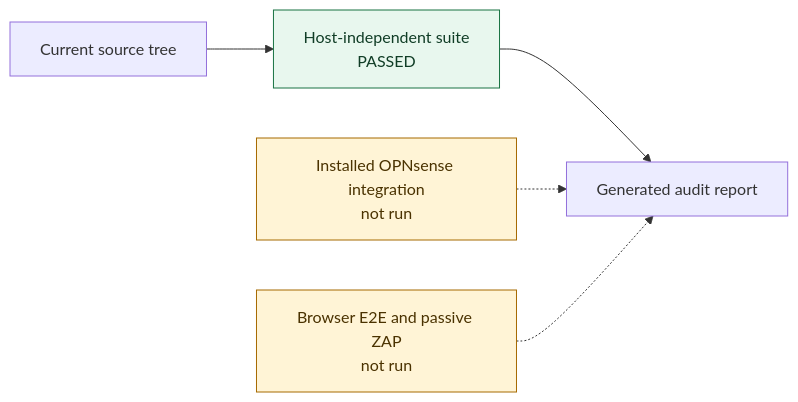
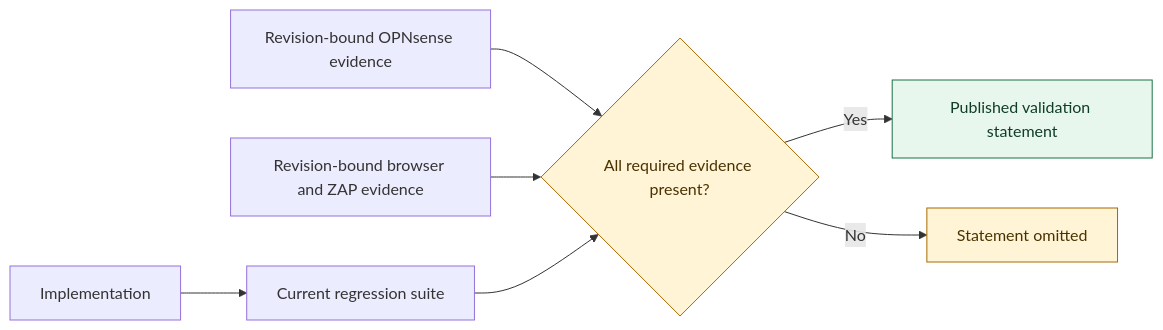
One commit to jpawlowski/opnsense-openid-connect changed the diagram in docs/reference/audit-report.md. Above: the diagram before and after it, drawn with Mermaid. The commit also changed other lines of this file and 85 other files, not shown here.

````diff
--- a/docs/reference/audit-report.md
+++ b/docs/reference/audit-report.md
@@ -13,12 +12,13 @@
 ```mermaid
 flowchart LR
-    Source["Current source tree"] --> Host["Host-independent suite<br/>PASSED"]
-    Host --> Report["Generated audit report"]
-    Installed["Installed OPNsense integration<br/>not run"] -.-> Report
-    Browser["Browser E2E and passive ZAP<br/>not run"] -.-> Report
-    classDef passed fill:#E8F7EE,stroke:#197343,color:#103D26;
-    classDef failed fill:#FBEAEA,stroke:#9C2F2F,color:#4A1717;
-    classDef pending fill:#FFF4D6,stroke:#A66A00,color:#4A3200;
-    class Host passed;
-    class Installed,Browser pending;
+    Source["Implementation"] --> Host["Current regression suite"]
+    Runtime["Revision-bound OPNsense evidence"] --> Gate{"All required evidence present?"}
+    Browser["Revision-bound browser and ZAP evidence"] --> Gate
+    Host --> Gate
+    Gate -->|Yes| Report["Published validation statement"]
+    Gate -->|No| Omit["Statement omitted"]
+    classDef verified fill:#E8F7EE,stroke:#197343,color:#103D26;
+    classDef boundary fill:#FFF4D6,stroke:#A66A00,color:#4A3200;
+    class Report verified;
+    class Gate,Omit boundary;
 ```
````
